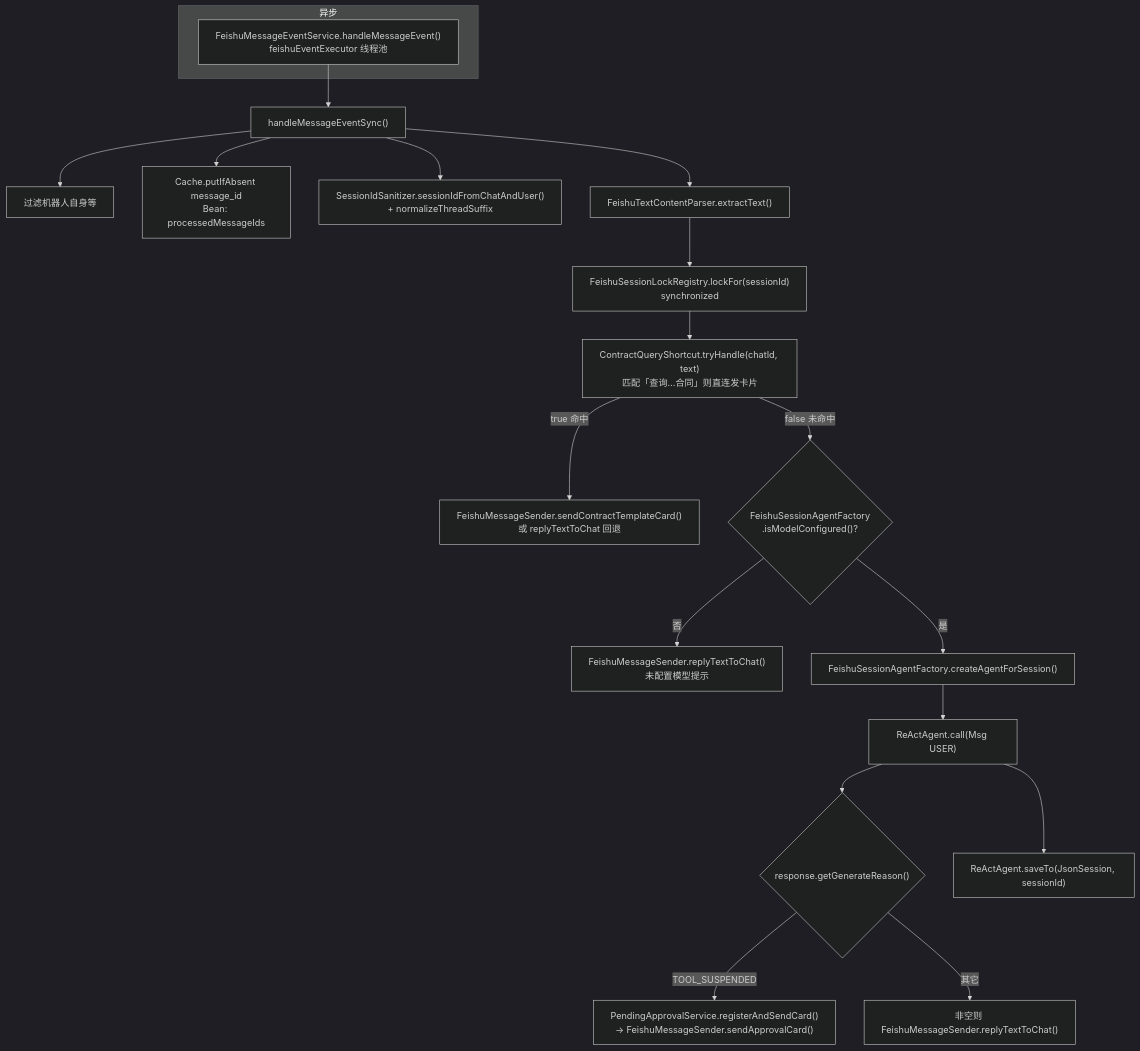
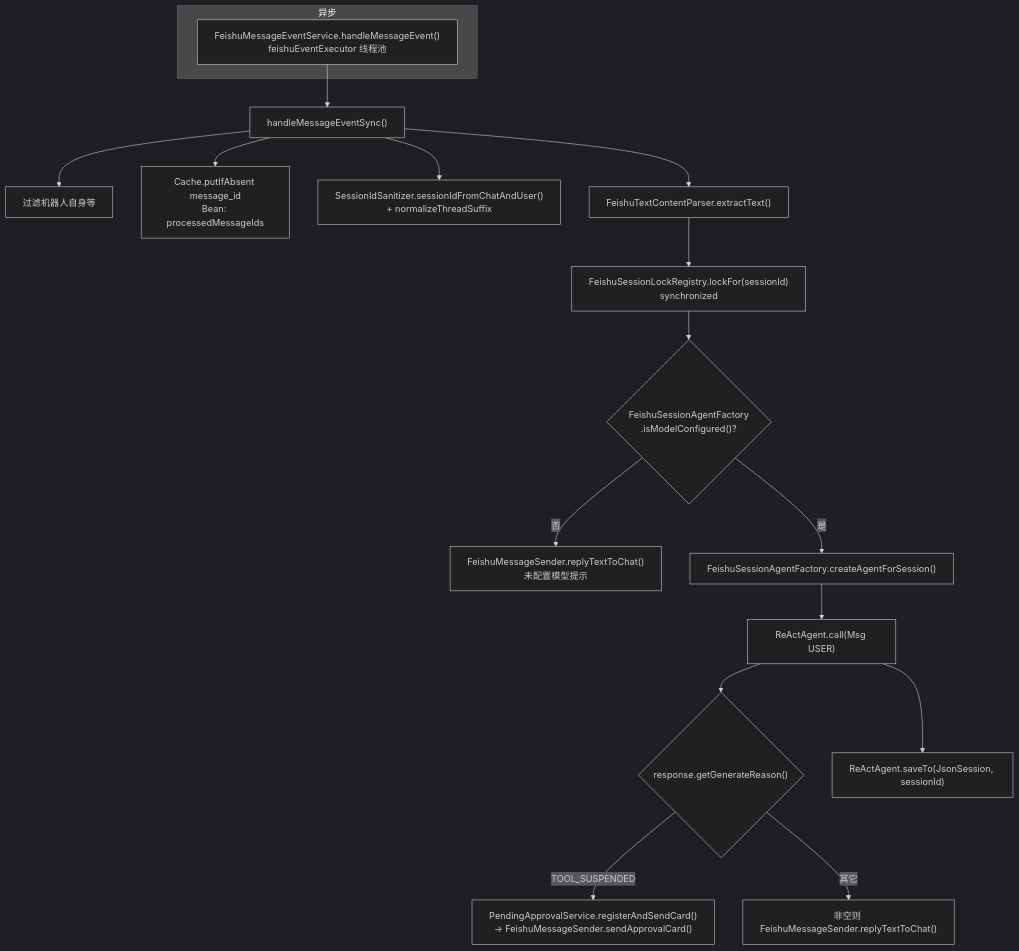
One commit to qjli/agentscope_feishu changed the fourth of 7 diagrams in README.md. Above: the diagram before and after it, drawn with Mermaid (dark theme). The commit also changed other lines of this file and 7 other files, not shown here.

````diff
--- a/README.md
+++ b/README.md
@@ -121,22 +121,20 @@
 ```mermaid
 flowchart TD
   subgraph Async [异步]
     HME["FeishuMessageEventService.handleMessageEvent()<br/>feishuEventExecutor 线程池"]
   end
   HME --> SYNC["handleMessageEventSync()"]
   SYNC --> FILTER["过滤机器人自身等"]
   SYNC --> IDEM["Cache.putIfAbsent message_id<br/>Bean: processedMessageIds"]
   SYNC --> SID["SessionIdSanitizer.sessionIdFromChatAndUser()<br/>+ normalizeThreadSuffix"]
   SYNC --> TXT["FeishuTextContentParser.extractText()"]
   TXT --> LOCK["FeishuSessionLockRegistry.lockFor(sessionId)<br/>synchronized"]
-  LOCK --> CQ["ContractQueryShortcut.tryHandle(chatId, text)<br/>匹配「查询…合同」则直连发卡片"]
-  CQ -->|true 命中| OUT1["FeishuMessageSender.sendContractTemplateCard()<br/>或 replyTextToChat 回退"]
-  CQ -->|false 未命中| MODEL{"FeishuSessionAgentFactory<br/>.isModelConfigured()?"}
+  LOCK --> MODEL{"FeishuSessionAgentFactory<br/>.isModelConfigured()?"}
   MODEL -->|否| OUT2["FeishuMessageSender.replyTextToChat()<br/>未配置模型提示"]
   MODEL -->|是| CREATE["FeishuSessionAgentFactory.createAgentForSession()"]
   CREATE --> CALL["ReActAgent.call(Msg USER)"]
   CALL --> REASON{"response.getGenerateReason()"}
   REASON -->|TOOL_SUSPENDED| REG["PendingApprovalService.registerAndSendCard()<br/>→ FeishuMessageSender.sendApprovalCard()"]
   REASON -->|其它| TXTREP["非空则 FeishuMessageSender.replyTextToChat()"]
   CALL --> SAVE["ReActAgent.saveTo(JsonSession, sessionId)"]
 ```
````
